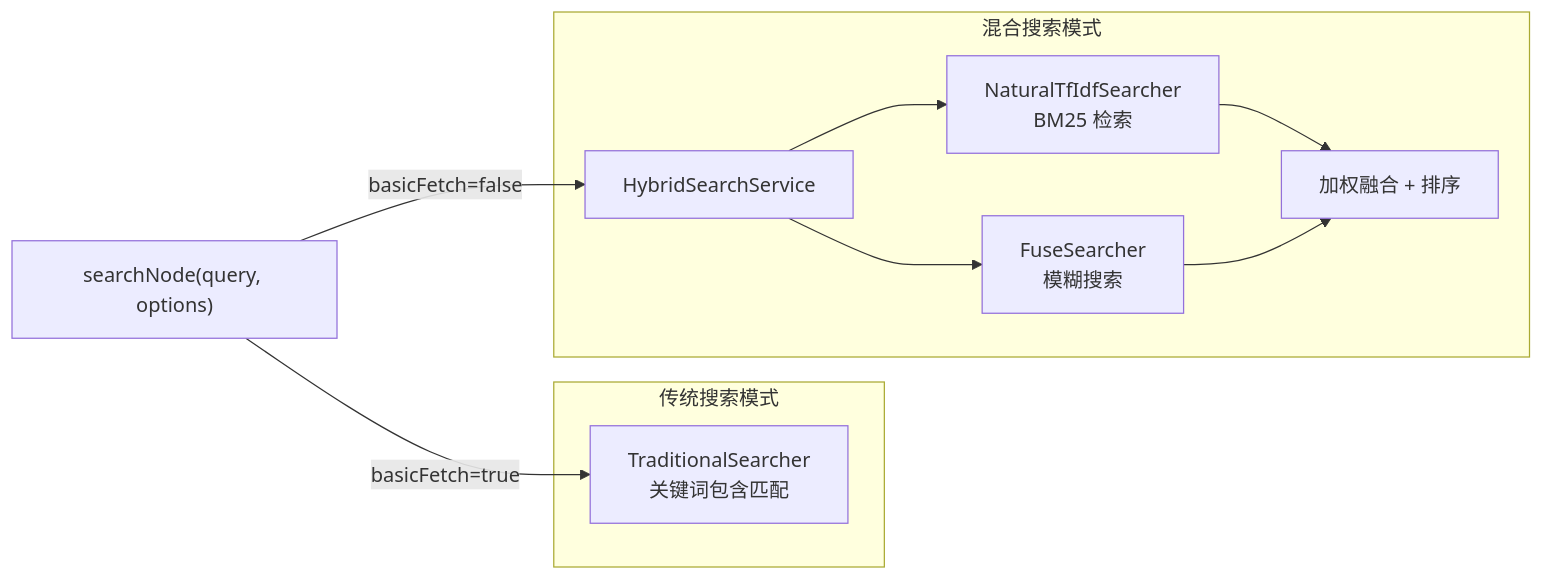
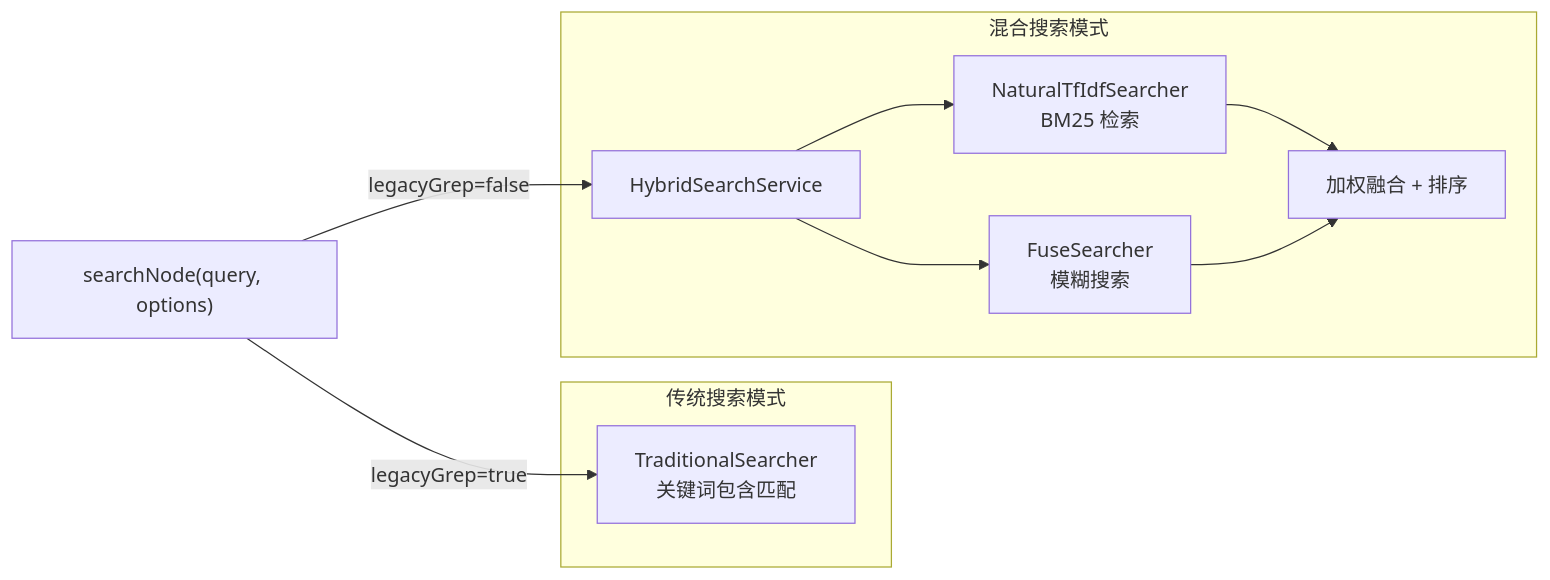
One commit to Qtgcy08/MemFS changed the fourth of 4 diagrams in docs/MemFS_TechnicalReport.md. Above: the diagram before and after it, drawn with Mermaid. The commit also changed other lines of this file and 8 other files, not shown here.

First line of the commit message:
refactor: basicFetch → legacyGrep

````diff
--- a/docs/MemFS_TechnicalReport.md
+++ b/docs/MemFS_TechnicalReport.md
@@ -538,18 +563,18 @@
 ```mermaid
 flowchart LR
     SN["searchNode(query, options)"]
     subgraph Traditional["传统搜索模式"]
         TS["TraditionalSearcher\n关键词包含匹配"]
     end
     subgraph Hybrid["混合搜索模式"]
         HS["HybridSearchService"]
         TF["NaturalTfIdfSearcher\nBM25 检索"]
         FS["FuseSearcher\n模糊搜索"]
         FU["加权融合 + 排序"]
     end
-    SN --> |basicFetch=true| TS
-    SN --> |basicFetch=false| HS --> TF
+    SN --> |legacyGrep=true| TS
+    SN --> |legacyGrep=false| HS --> TF
     HS --> FS
     TF --> FU
     FS --> FU
 ```
````
